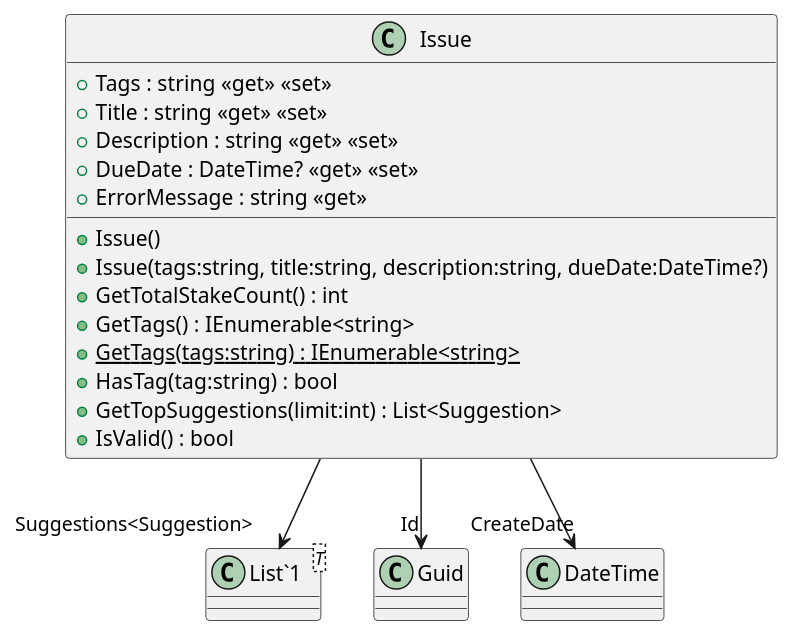
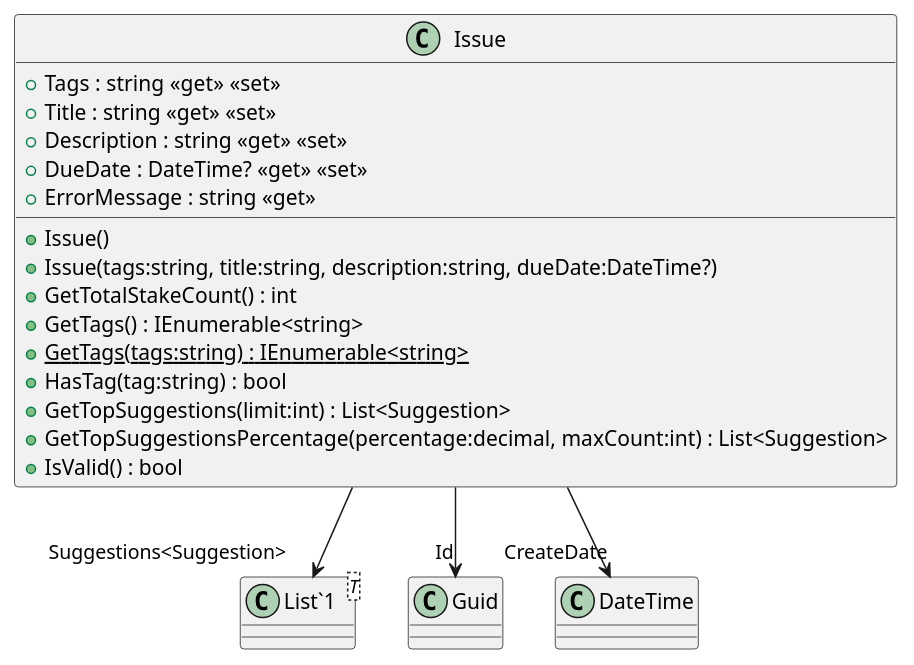
Before and after one commit to NeaBouli/TrueRepublic: the diagram in UML/UC0020 - Issue Processing/Issue.puml, drawn with PlantUML. The commit also changed 18 other files, not shown here.

```diff
--- a/UML/UC0020 - Issue Processing/Issue.puml
+++ b/UML/UC0020 - Issue Processing/Issue.puml
@@ -1,22 +1,23 @@
 @startuml
 class Issue {
     + Issue()
     + Issue(tags:string, title:string, description:string, dueDate:DateTime?)
     + Tags : string <<get>> <<set>>
     + Title : string <<get>> <<set>>
     + Description : string <<get>> <<set>>
     + DueDate : DateTime? <<get>> <<set>>
     + ErrorMessage : string <<get>>
     + GetTotalStakeCount() : int
     + GetTags() : IEnumerable<string>
     + {static} GetTags(tags:string) : IEnumerable<string>
     + HasTag(tag:string) : bool
     + GetTopSuggestions(limit:int) : List<Suggestion>
+    + GetTopSuggestionsPercentage(percentage:decimal, maxCount:int) : List<Suggestion>
     + IsValid() : bool
 }
 class "List`1"<T> {
 }
 Issue --> "Id" Guid
 Issue --> "CreateDate" DateTime
 Issue --> "Suggestions<Suggestion>" "List`1"
 @enduml
```
